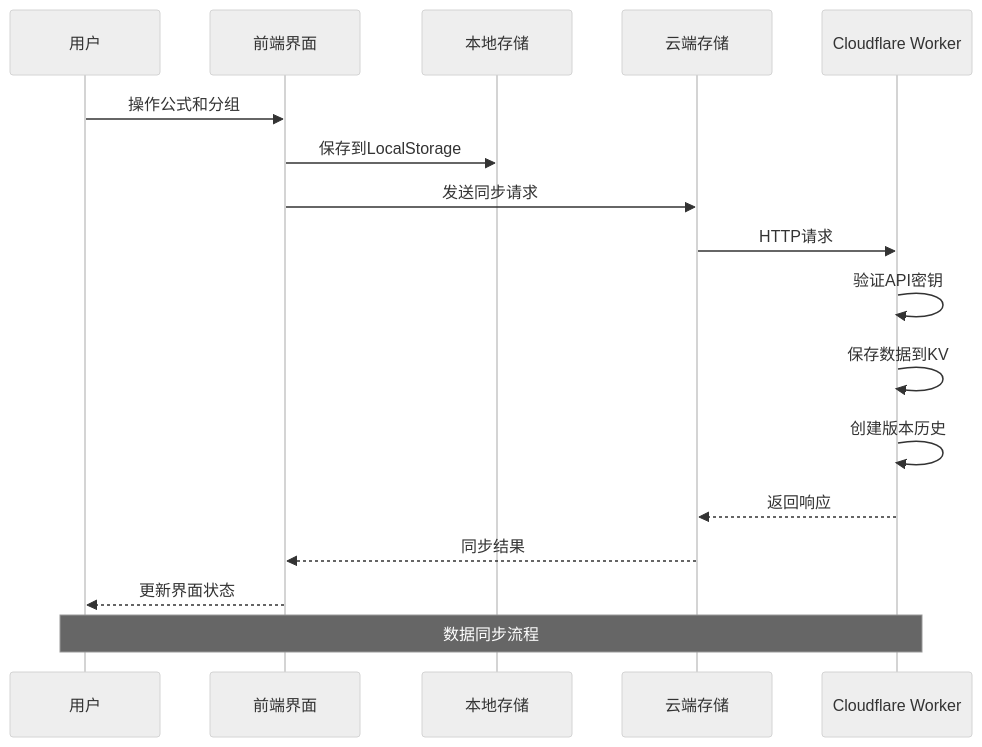
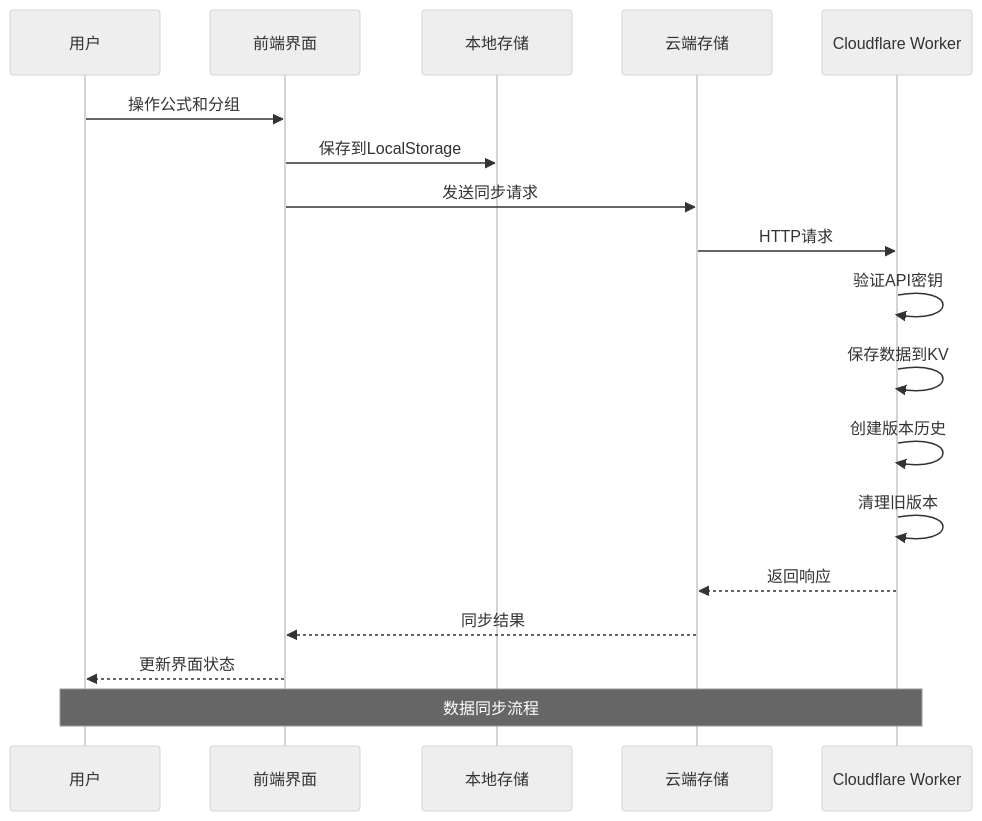
One commit to steveyu2/formula-mapper changed the fourth of 11 diagrams in .qoder/repowiki/zh/content/用户指南/数据管理/云存储系统.md. Above: the diagram before and after it, drawn with Mermaid (neutral theme). The commit also changed other lines of this file and 7 other files, not shown here.

````diff
--- a/.qoder/repowiki/zh/content/用户指南/数据管理/云存储系统.md
+++ b/.qoder/repowiki/zh/content/用户指南/数据管理/云存储系统.md
@@ -196,19 +211,20 @@
 ```mermaid
 sequenceDiagram
 participant User as 用户
 participant UI as 前端界面
 participant Local as 本地存储
 participant Cloud as 云端存储
 participant Worker as Cloudflare Worker
 User->>UI : 操作公式和分组
 UI->>Local : 保存到LocalStorage
 UI->>Cloud : 发送同步请求
 Cloud->>Worker : HTTP请求
 Worker->>Worker : 验证API密钥
 Worker->>Worker : 保存数据到KV
 Worker->>Worker : 创建版本历史
+Worker->>Worker : 清理旧版本
 Worker-->>Cloud : 返回响应
 Cloud-->>UI : 同步结果
 UI-->>User : 更新界面状态
 Note over User,Worker : 数据同步流程
 ```
````
